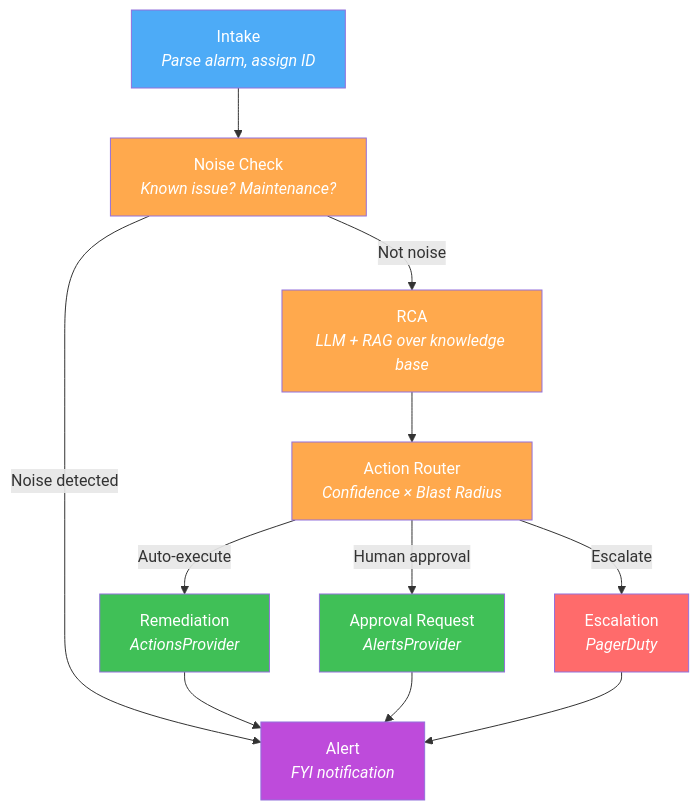
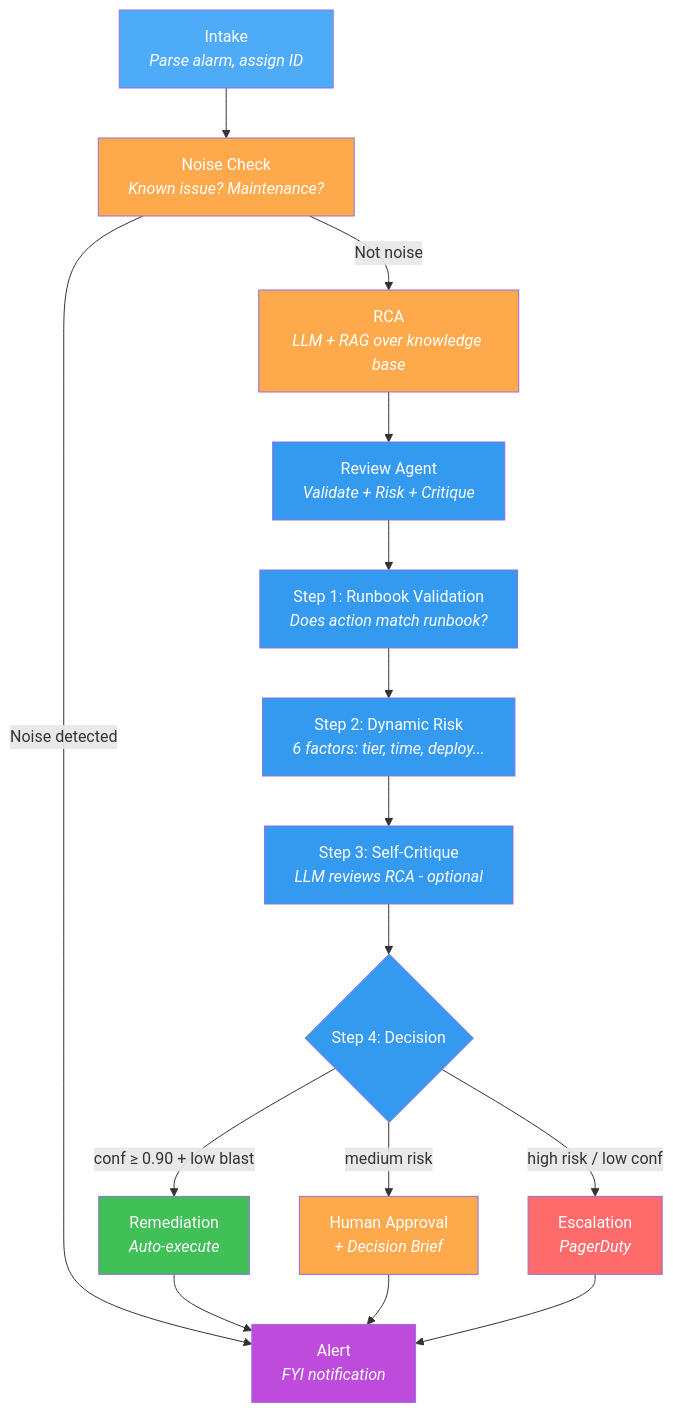
One commit to SreeGD/reflex changed the third of 8 diagrams in README.md. Above: the diagram before and after it, drawn with Mermaid. The commit also changed other lines of this file and 14 other files, not shown here.

First line of the commit message:
Add Review Agent with dynamic risk assessment and decision briefs

````diff
--- a/README.md
+++ b/README.md
@@ -209,22 +223,32 @@
 ```mermaid
 graph TD
     A[Intake<br/><i>Parse alarm, assign ID</i>] --> B[Noise Check<br/><i>Known issue? Maintenance?</i>]
     B -->|Not noise| C[RCA<br/><i>LLM + RAG over knowledge base</i>]
     B -->|Noise detected| G[Alert<br/><i>FYI notification</i>]
-    C --> D[Action Router<br/><i>Confidence × Blast Radius</i>]
-    D -->|Auto-execute| E[Remediation<br/><i>ActionsProvider</i>]
-    D -->|Human approval| F[Approval Request<br/><i>AlertsProvider</i>]
-    D -->|Escalate| H[Escalation<br/><i>PagerDuty</i>]
+    C --> R[Review Agent<br/><i>Validate + Risk + Critique</i>]
+
+    R --> R1[Step 1: Runbook Validation<br/><i>Does action match runbook?</i>]
+    R1 --> R2[Step 2: Dynamic Risk<br/><i>6 factors: tier, time, deploy...</i>]
+    R2 --> R3[Step 3: Self-Critique<br/><i>LLM reviews RCA - optional</i>]
+    R3 --> R4{Step 4: Decision}
+
+    R4 -->|conf ≥ 0.90 + low blast| E[Remediation<br/><i>Auto-execute</i>]
+    R4 -->|medium risk| F[Human Approval<br/><i>+ Decision Brief</i>]
+    R4 -->|high risk / low conf| H[Escalation<br/><i>PagerDuty</i>]
     E --> G
     F --> G
     H --> G
 
     style A fill:#4DABF7,color:#fff
     style B fill:#FFA94D,color:#fff
     style C fill:#FFA94D,color:#fff
-    style D fill:#FFA94D,color:#fff
+    style R fill:#339AF0,color:#fff
+    style R1 fill:#339AF0,color:#fff
+    style R2 fill:#339AF0,color:#fff
+    style R3 fill:#339AF0,color:#fff
+    style R4 fill:#339AF0,color:#fff
     style E fill:#40C057,color:#fff
-    style F fill:#40C057,color:#fff
+    style F fill:#FFA94D,color:#fff
     style H fill:#FF6B6B,color:#fff
     style G fill:#BE4BDB,color:#fff
 ```
````
